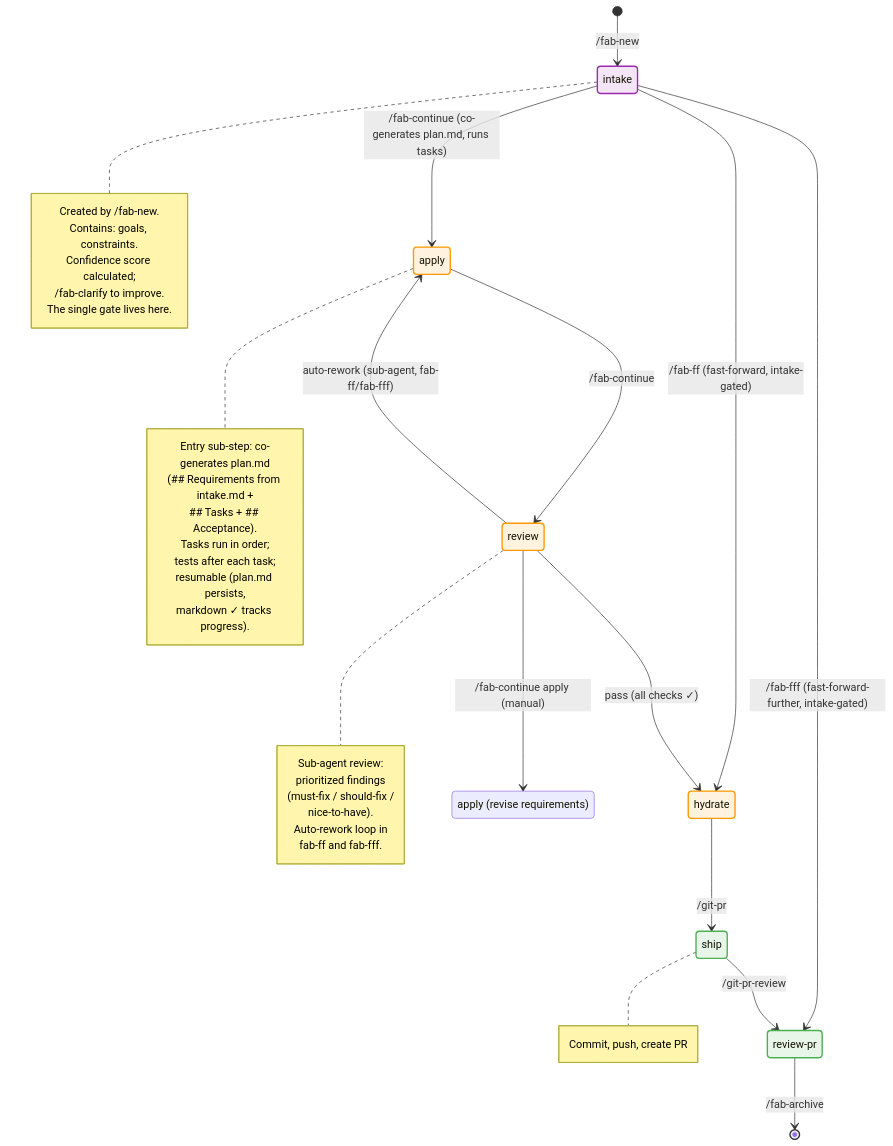
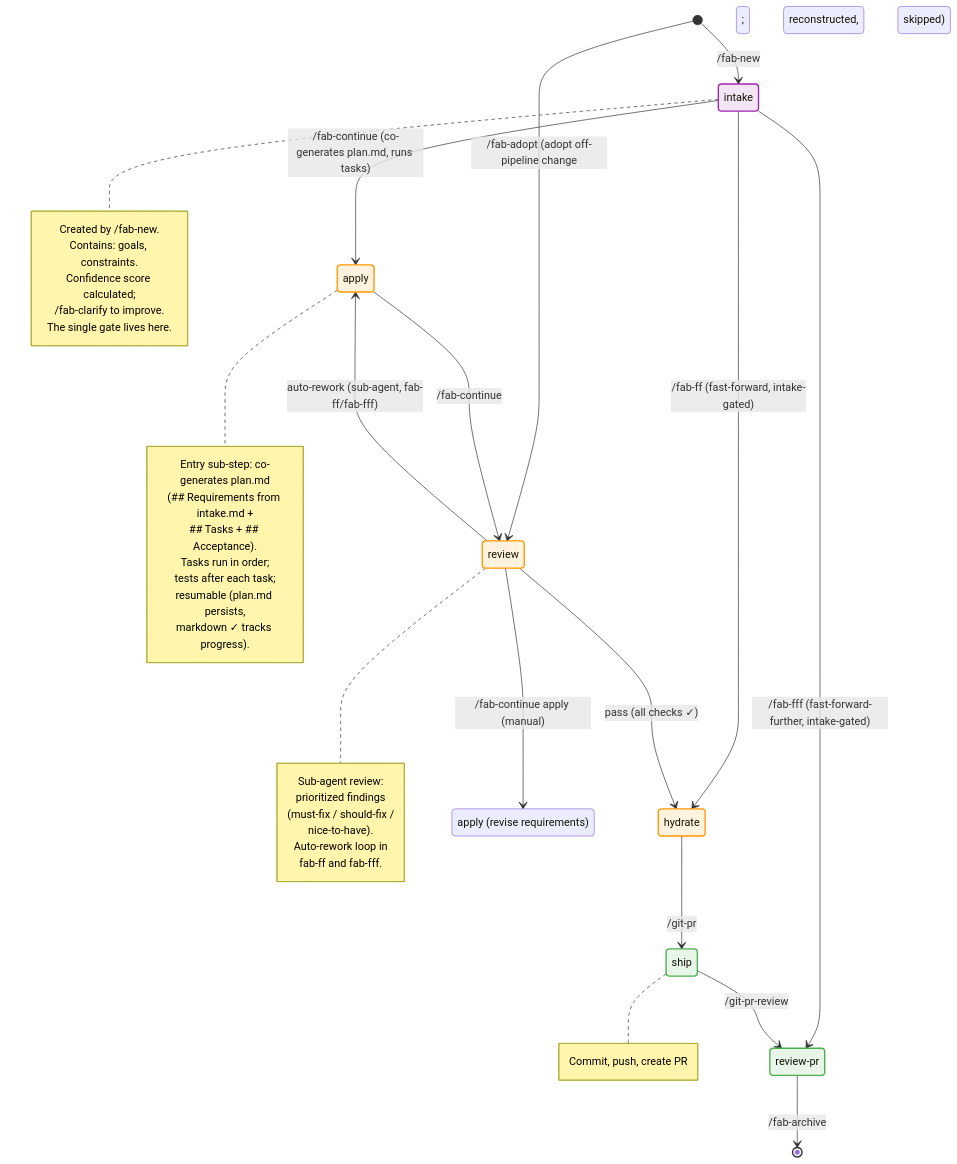
One commit to sahil87/fab-kit changed the third of 4 diagrams in docs/specs/user-flow.md. Above: the diagram before and after it, drawn with Mermaid. The commit also changed other lines of this file and 26 other files, not shown here.

Commit message:
feat: add /fab-adopt skill + off-pipeline adoption orchestration

````diff
--- a/docs/specs/user-flow.md
+++ b/docs/specs/user-flow.md
@@ -86,65 +93,66 @@
 ```mermaid
 stateDiagram-v2
     direction TB
 
     [*] --> intake: /fab-new
+    [*] --> review: /fab-adopt (adopt off-pipeline change; intake reconstructed, apply skipped)
 
     intake --> apply: /fab-continue (co-generates plan.md, runs tasks)
     intake --> hydrate: /fab-ff (fast-forward, intake-gated)
     intake --> review_pr: /fab-fff (fast-forward-further, intake-gated)
 
     apply --> review: /fab-continue
 
     review --> hydrate: pass (all checks ✓)
     review --> apply: auto-rework (sub-agent, fab-ff/fab-fff)
     review --> earlier_stage: /fab-continue apply (manual)
 
     state "apply (revise requirements)" as earlier_stage
 
     hydrate --> ship: /git-pr
     ship --> review_pr: /git-pr-review
     review_pr --> [*]: /fab-archive
 
     state "review-pr" as review_pr
 
     note right of intake
         Created by /fab-new.
         Contains: goals, constraints.
         Confidence score calculated;
         /fab-clarify to improve.
         The single gate lives here.
     end note
 
     note right of apply
         Entry sub-step: co-generates plan.md
         (## Requirements from intake.md +
         ## Tasks + ## Acceptance).
         Tasks run in order;
         tests after each task;
         resumable (plan.md persists,
         markdown ✓ tracks progress).
     end note
 
     note right of review
         Sub-agent review:
         prioritized findings
         (must-fix / should-fix /
         nice-to-have).
         Auto-rework loop in
         fab-ff and fab-fff.
     end note
 
     note right of ship
         Commit, push, create PR
     end note
 
     %% Styles
     classDef planning fill:#e8f4f8,stroke:#2196F3,stroke-width:2px
     classDef execution fill:#fff3e0,stroke:#FF9800,stroke-width:2px
     classDef shipping fill:#e8f5e9,stroke:#4CAF50,stroke-width:2px
     classDef input fill:#f3e5f5,stroke:#9C27B0,stroke-width:2px
 
     class intake input
     class apply,review,hydrate execution
     class ship,review_pr shipping
 ```
````
